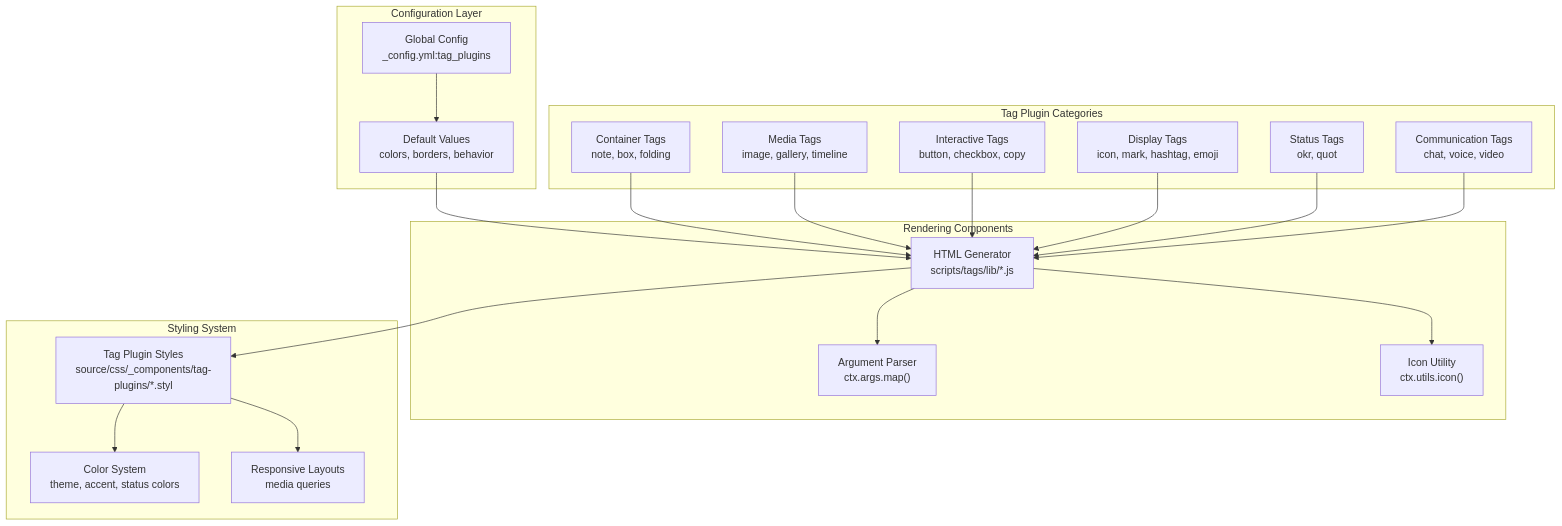
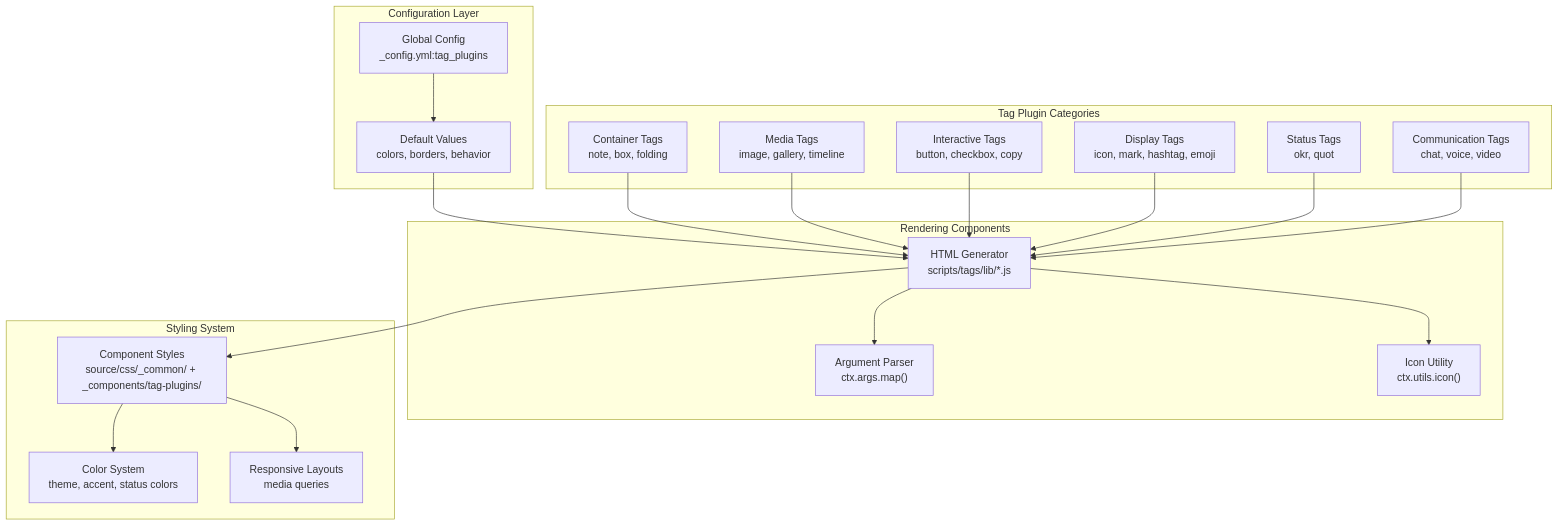
One commit to penndu/hexo changed the second of 3 diagrams in themes/stellar/docs/knowledge/04-标签插件/tag-plugins-overview.md. Above: the diagram before and after it, drawn with Mermaid. The commit also changed other lines of this file and 161 other files, not shown here.

````diff
--- a/themes/stellar/docs/knowledge/04-标签插件/tag-plugins-overview.md
+++ b/themes/stellar/docs/knowledge/04-标签插件/tag-plugins-overview.md
@@ -81,45 +83,45 @@
 ```mermaid
 graph TB
     subgraph "Tag Plugin Categories"
         CONTAINER["Container Tags<br/>note, box, folding"]
         MEDIA["Media Tags<br/>image, gallery, timeline"]
         INTERACTIVE["Interactive Tags<br/>button, checkbox, copy"]
         DISPLAY["Display Tags<br/>icon, mark, hashtag, emoji"]
         STATUS["Status Tags<br/>okr, quot"]
         CHAT["Communication Tags<br/>chat, voice, video"]
     end
     
     subgraph "Configuration Layer"
         GLOBAL_CFG["Global Config<br/>_config.yml:tag_plugins"]
         DEFAULTS["Default Values<br/>colors, borders, behavior"]
     end
     
     subgraph "Rendering Components"
         HTML_GEN["HTML Generator<br/>scripts/tags/lib/*.js"]
         ARG_PARSER["Argument Parser<br/>ctx.args.map()"]
         ICON_UTIL["Icon Utility<br/>ctx.utils.icon()"]
     end
     
     subgraph "Styling System"
-        TAG_STYLES["Tag Plugin Styles<br/>source/css/_components/tag-plugins/*.styl"]
+        TAG_STYLES["Component Styles<br/>source/css/_common/ + _components/tag-plugins/"]
         COLORS["Color System<br/>theme, accent, status colors"]
         RESPONSIVE["Responsive Layouts<br/>media queries"]
     end
     
     GLOBAL_CFG --> DEFAULTS
     DEFAULTS --> HTML_GEN
     
     CONTAINER --> HTML_GEN
     MEDIA --> HTML_GEN
     INTERACTIVE --> HTML_GEN
     DISPLAY --> HTML_GEN
     STATUS --> HTML_GEN
     CHAT --> HTML_GEN
     
     HTML_GEN --> ARG_PARSER
     HTML_GEN --> ICON_UTIL
     
     HTML_GEN --> TAG_STYLES
     TAG_STYLES --> COLORS
     TAG_STYLES --> RESPONSIVE
 ```
````
